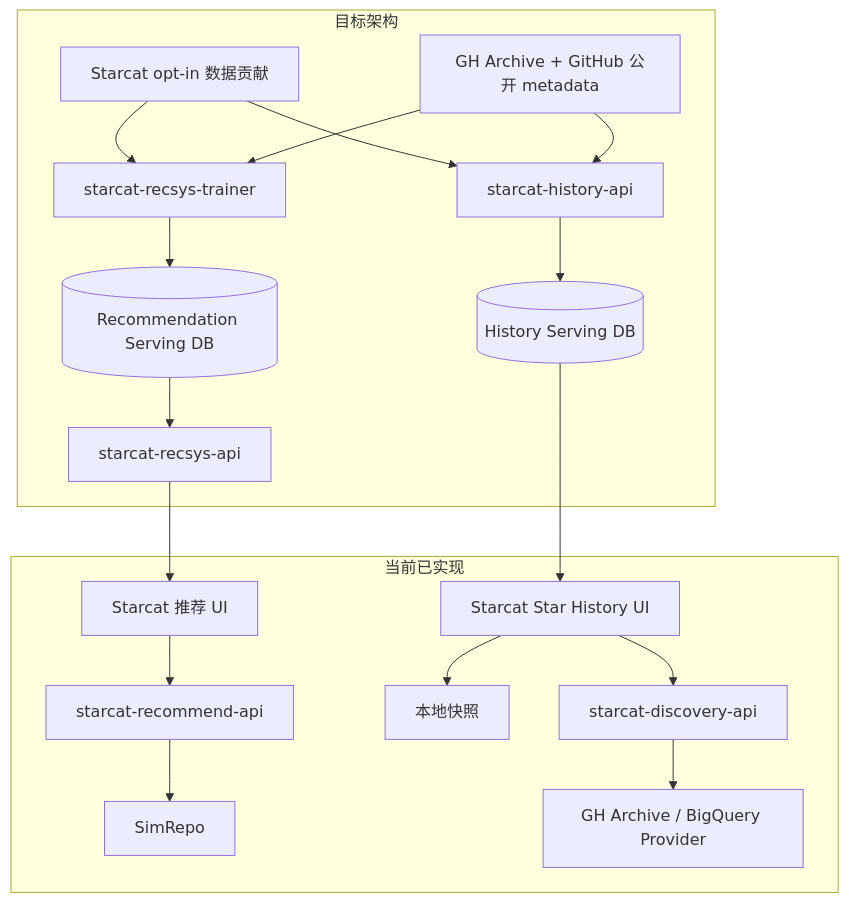
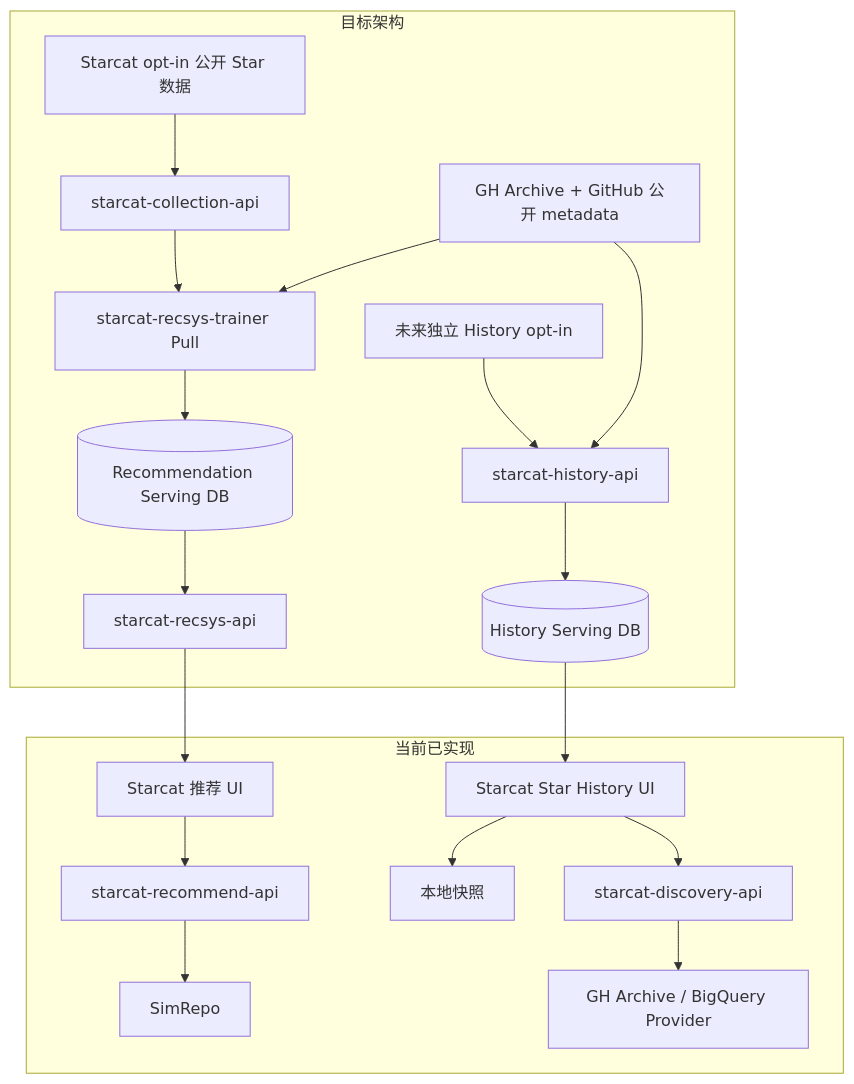
Before and after one commit to starcat-app/Starcat: the diagram in docs/2-产品/需求讨论/推荐算法/README.md, drawn with Mermaid. The commit also changed other lines of this file and 4 other files, not shown here.

````diff
--- a/docs/2-产品/需求讨论/推荐算法/README.md
+++ b/docs/2-产品/需求讨论/推荐算法/README.md
@@ -30,23 +31,24 @@
 ```mermaid
 flowchart TB
     subgraph Current[当前已实现]
         A[Starcat 推荐 UI] --> B[starcat-recommend-api]
         B --> C[SimRepo]
         D[Starcat Star History UI] --> E[本地快照]
         D --> F[starcat-discovery-api]
         F --> G[GH Archive / BigQuery Provider]
     end
 
     subgraph Target[目标架构]
-        H[Starcat opt-in 数据贡献] --> I[starcat-recsys-trainer]
+        H[Starcat opt-in 公开 Star 数据] --> C1[starcat-collection-api]
+        C1 --> I[starcat-recsys-trainer Pull]
         J[GH Archive + GitHub 公开 metadata] --> I
         I --> K[(Recommendation Serving DB)]
         K --> L[starcat-recsys-api]
         L --> A
 
-        H --> M[starcat-history-api]
+        H2[未来独立 History opt-in] --> M[starcat-history-api]
         J --> M
         M --> N[(History Serving DB)]
         N --> D
     end
 ```
````
